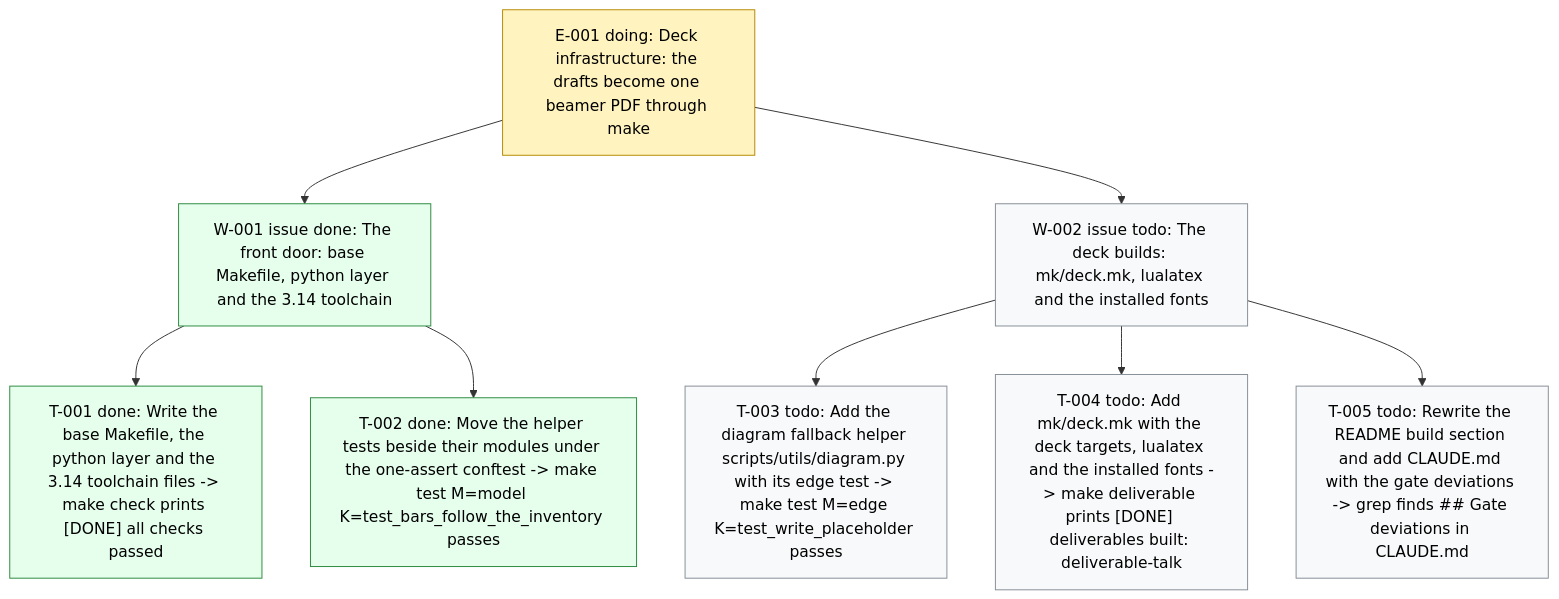
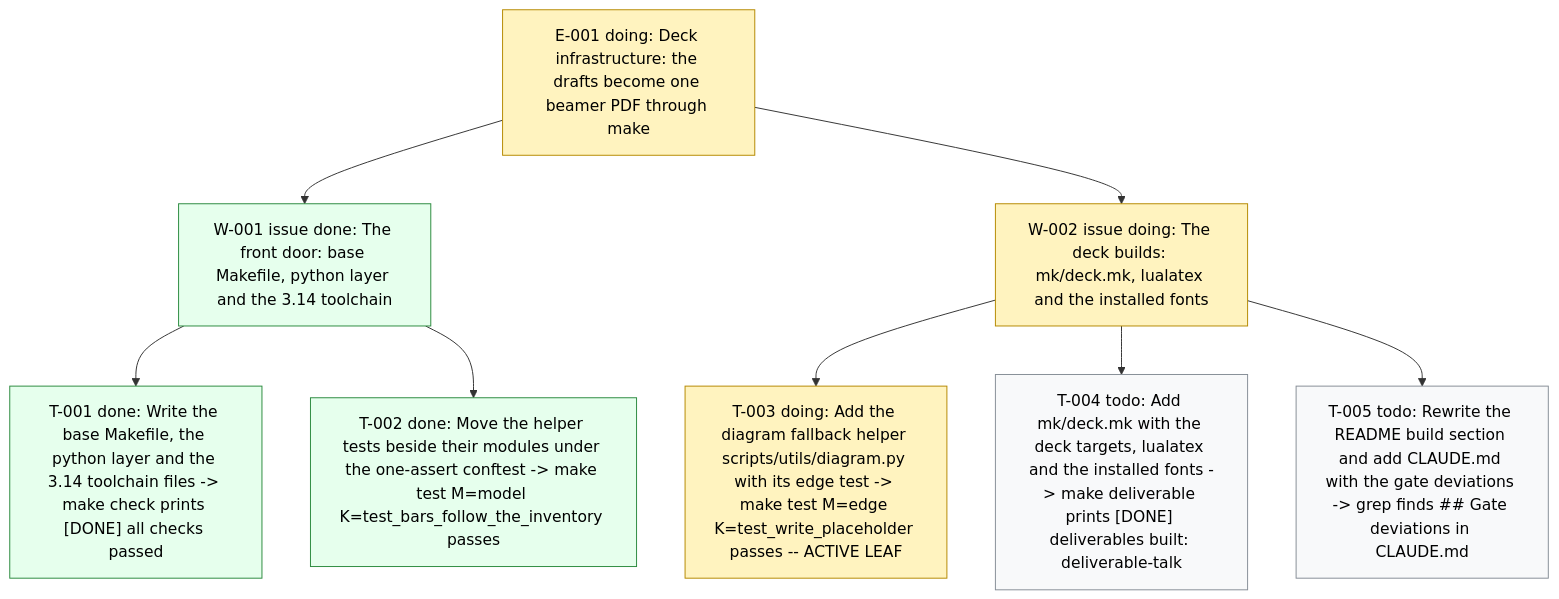
Before and after one commit to dpopchev/chaos-to-simple: the diagram in .board/BOARD.md, drawn with Mermaid. The commit also changed other lines of this file and 2 other files, not shown here.

Commit message:
chore(board): activate W-002, start T-003
Refs: W-002 T-003

````diff
--- a/.board/BOARD.md
+++ b/.board/BOARD.md
@@ -14,19 +14,19 @@
 ```mermaid
 flowchart TD
   E001["E-001 doing: Deck infrastructure: the drafts become one beamer PDF through make"]
   E001 --> W001["W-001 issue done: The front door: base Makefile, python layer and the 3.14 toolchain"]
   W001 --> T001["T-001 done: Write the base Makefile, the python layer and the 3.14 toolchain files -> make check prints [DONE] all checks passed"]
   W001 --> T002["T-002 done: Move the helper tests beside their modules under the one-assert conftest -> make test M=model K=test_bars_follow_the_inventory passes"]
-  E001 --> W002["W-002 issue todo: The deck builds: mk/deck.mk, lualatex and the installed fonts"]
-  W002 --> T003["T-003 todo: Add the diagram fallback helper scripts/utils/diagram.py with its edge test -> make test M=edge K=test_write_placeholder passes"]
+  E001 --> W002["W-002 issue doing: The deck builds: mk/deck.mk, lualatex and the installed fonts"]
+  W002 --> T003["T-003 doing: Add the diagram fallback helper scripts/utils/diagram.py with its edge test -> make test M=edge K=test_write_placeholder passes -- ACTIVE LEAF"]
   W002 --> T004["T-004 todo: Add mk/deck.mk with the deck targets, lualatex and the installed fonts -> make deliverable prints [DONE] deliverables built: deliverable-talk"]
   W002 --> T005["T-005 todo: Rewrite the README build section and add CLAUDE.md with the gate deviations -> grep finds ## Gate deviations in CLAUDE.md"]
   classDef doing fill:#fff3bf,stroke:#b58900,color:#000;
   classDef blocked fill:#ffe3e3,stroke:#c92a2a,color:#000;
   classDef done fill:#e6ffed,stroke:#2b8a3e,color:#000;
   classDef todo fill:#f8f9fa,stroke:#868e96,color:#000;
   classDef pruned fill:#f1f3f5,stroke:#adb5bd,color:#000;
-  class E001 doing
+  class E001,W002,T003 doing
   class W001,T001,T002 done
-  class W002,T003,T004,T005 todo
+  class T004,T005 todo
 ```
````
